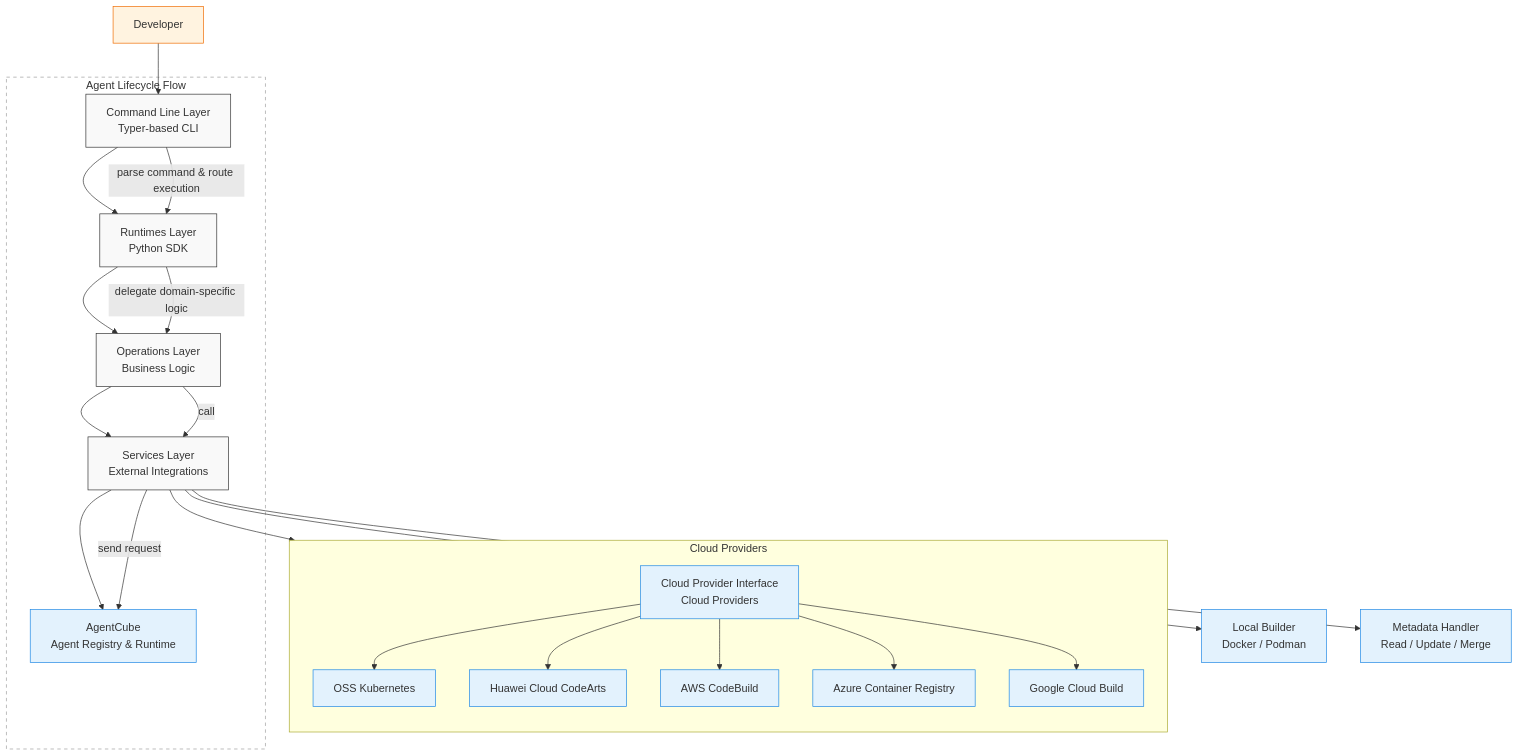
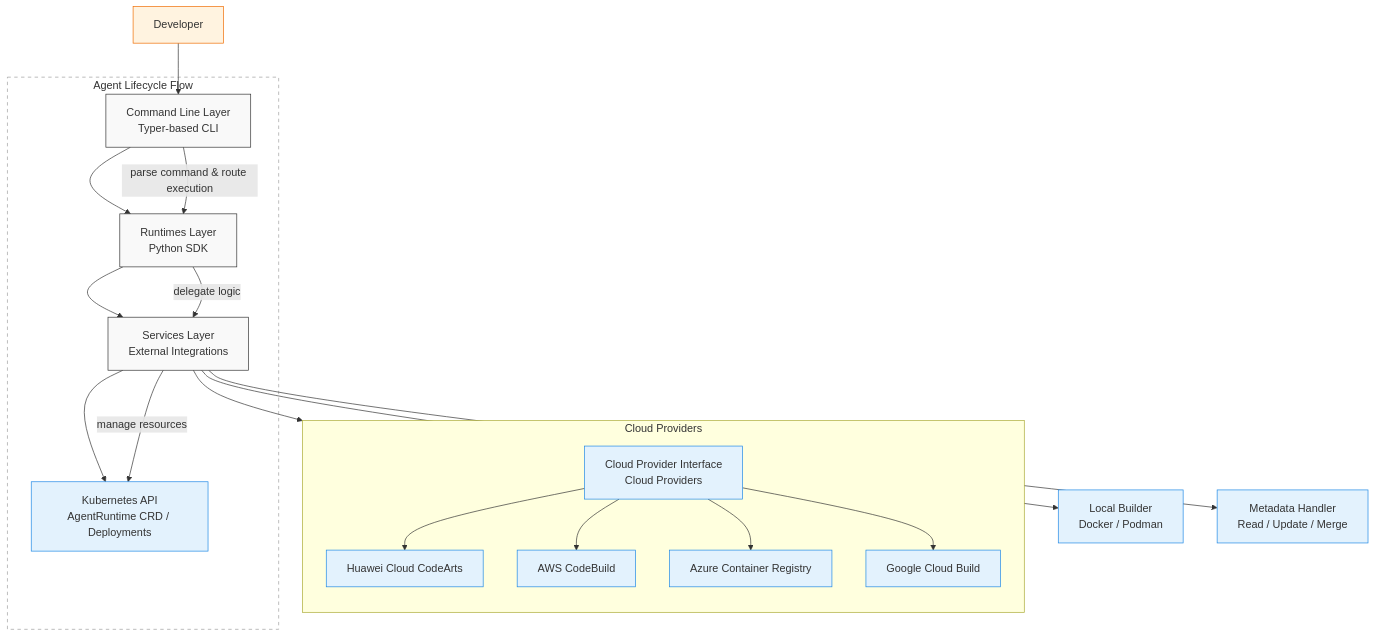
One commit to volcano-sh/agentcube changed the first of 2 diagrams in docs/design/AgentRun-CLI-Design.md. Above: the diagram before and after it, drawn with Mermaid. The commit also changed other lines of this file, not shown here.

````diff
--- a/docs/design/AgentRun-CLI-Design.md
+++ b/docs/design/AgentRun-CLI-Design.md
@@ -221,54 +194,49 @@
 ```mermaid
 %%{init: {'themeVariables': {'width': '100%'}} }%%
 flowchart TD
   %% Style definitions
   classDef layer fill:#f9f9f9,stroke:#333,stroke-width:1px
   classDef external fill:#e3f2fd,stroke:#1e88e5,stroke-width:1px
   classDef actor fill:#fff3e0,stroke:#ef6c00,stroke-width:1px
   classDef flow fill:#ffffff,stroke:#9e9e9e,stroke-dasharray: 5 5
 
   %% Developer
   Dev["Developer"]
   class Dev actor
 
   %% CLI layers
   Dev --> CLI["Command Line Layer<br/>Typer-based CLI"]
   class CLI layer
 
   CLI --> Runtime["Runtimes Layer<br/>Python SDK"]
   class Runtime layer
 
-  Runtime --> Ops["Operations Layer<br/>Business Logic"]
-  class Ops layer
-
-  Ops --> Services["Services Layer<br/>External Integrations"]
+  Runtime --> Services["Services Layer<br/>External Integrations"]
   class Services layer
 
   %% External systems
-  Services --> AgentCube["AgentCube<br/>Agent Registry & Runtime"]
+  Services --> K8sAPI["Kubernetes API<br/>AgentRuntime CRD / Deployments"]
   Services --> Container["Local Builder<br/>Docker / Podman"]
   Services --> Metadata["Metadata Handler<br/>Read / Update / Merge"]
   Services --> CloudInterface["Cloud Provider Interface<br/>Cloud Providers"]
-  class AgentCube,Container,Metadata,CloudInterface external
+  class K8sAPI,Container,Metadata,CloudInterface external
 
   %% Cloud provider grouping
   subgraph Cloud Providers
     direction TB
-    CloudInterface --> Kubernetes["OSS Kubernetes"]
     CloudInterface --> Huawei["Huawei Cloud CodeArts"]
     CloudInterface --> AWS["AWS CodeBuild"]
     CloudInterface --> Azure["Azure Container Registry"]
     CloudInterface --> GCP["Google Cloud Build"]
-    class Kubernetes,Huawei,AWS,Azure,GCP external
+    class Huawei,AWS,Azure,GCP external
   end
 
   %% Lifecycle flow
   subgraph Flow["Agent Lifecycle Flow"]
     CLI -->|parse command & route execution| Runtime
-    Runtime -->| delegate domain-specific logic | Ops
-    Ops -->| call | Services
-    Services -->|send request| AgentCube
+    Runtime -->| delegate logic | Services
+    Services -->|manage resources| K8sAPI
   end
   class Flow flow
 
 ```
````
